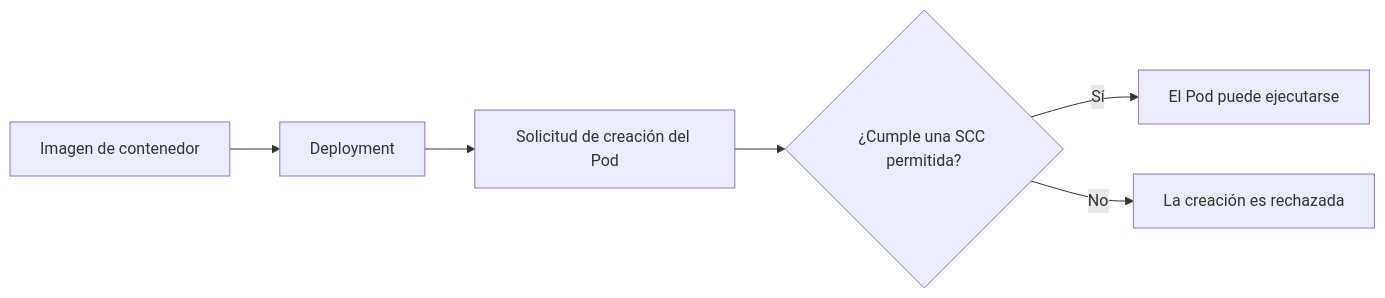
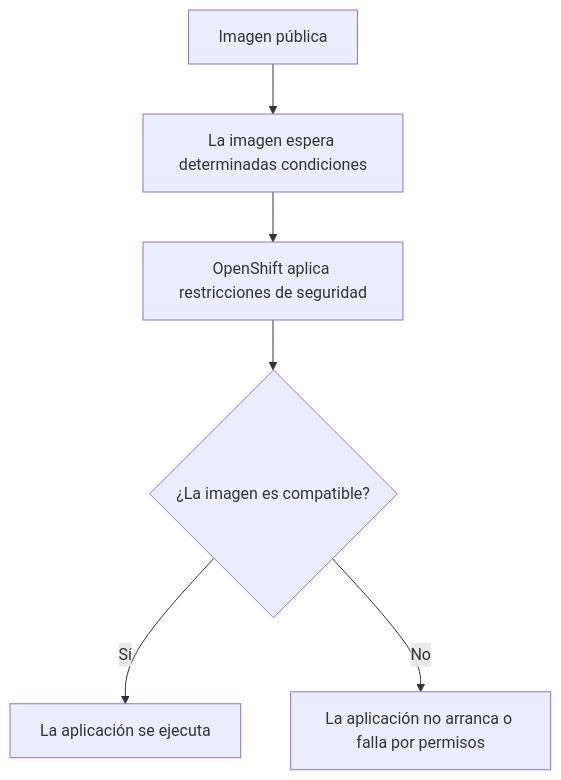
The second of 4 diagrams in docs/sesion2/2.6 Politicas de Seguridad.md (ieftraining/curso-openshift), drawn with Mermaid before and after one commit. The commit also changed other lines of this file, not shown here.

````diff
--- a/docs/sesion2/2.6 Politicas de Seguridad.md
+++ b/docs/sesion2/2.6 Politicas de Seguridad.md
@@ -27,8 +55,8 @@
 ```mermaid
-flowchart LR
-    I[Imagen de contenedor] --> D[Deployment]
-    D --> P[Solicitud de creación del Pod]
-    P --> S{¿Cumple una SCC permitida?}
-    S -->|Sí| E[El Pod puede ejecutarse]
-    S -->|No| R[La creación es rechazada]
+flowchart TD
+    I[Imagen pública] --> P[La imagen espera determinadas condiciones]
+    P --> O[OpenShift aplica restricciones de seguridad]
+    O --> C{¿La imagen es compatible?}
+    C -->|Sí| R[La aplicación se ejecuta]
+    C -->|No| F[La aplicación no arranca o falla por permisos]
 ```
````
